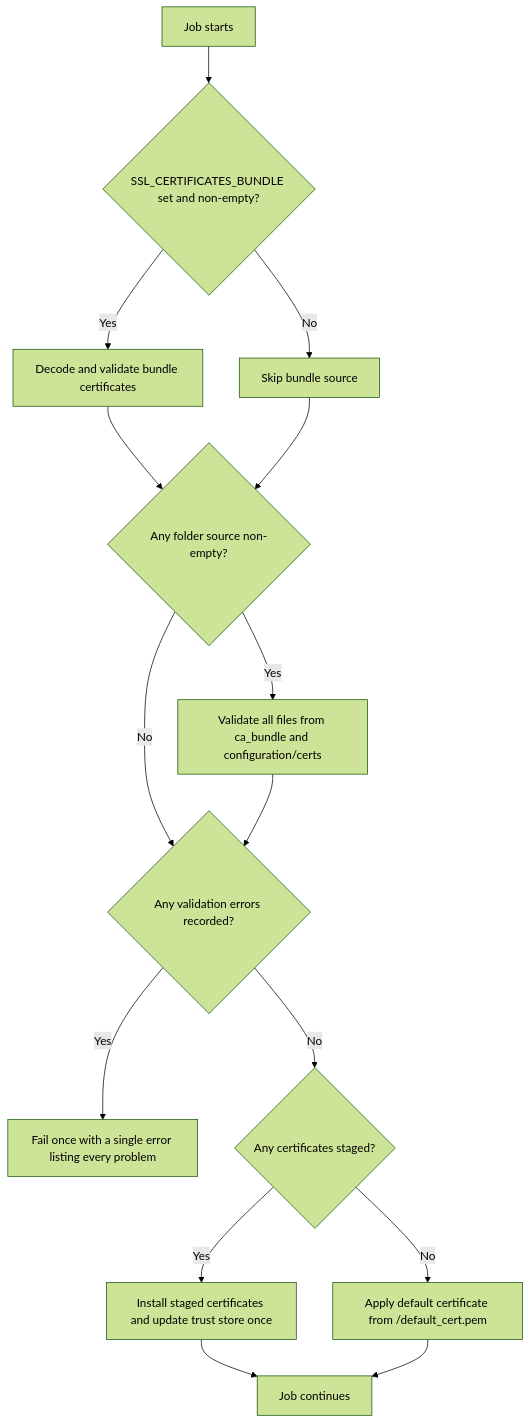
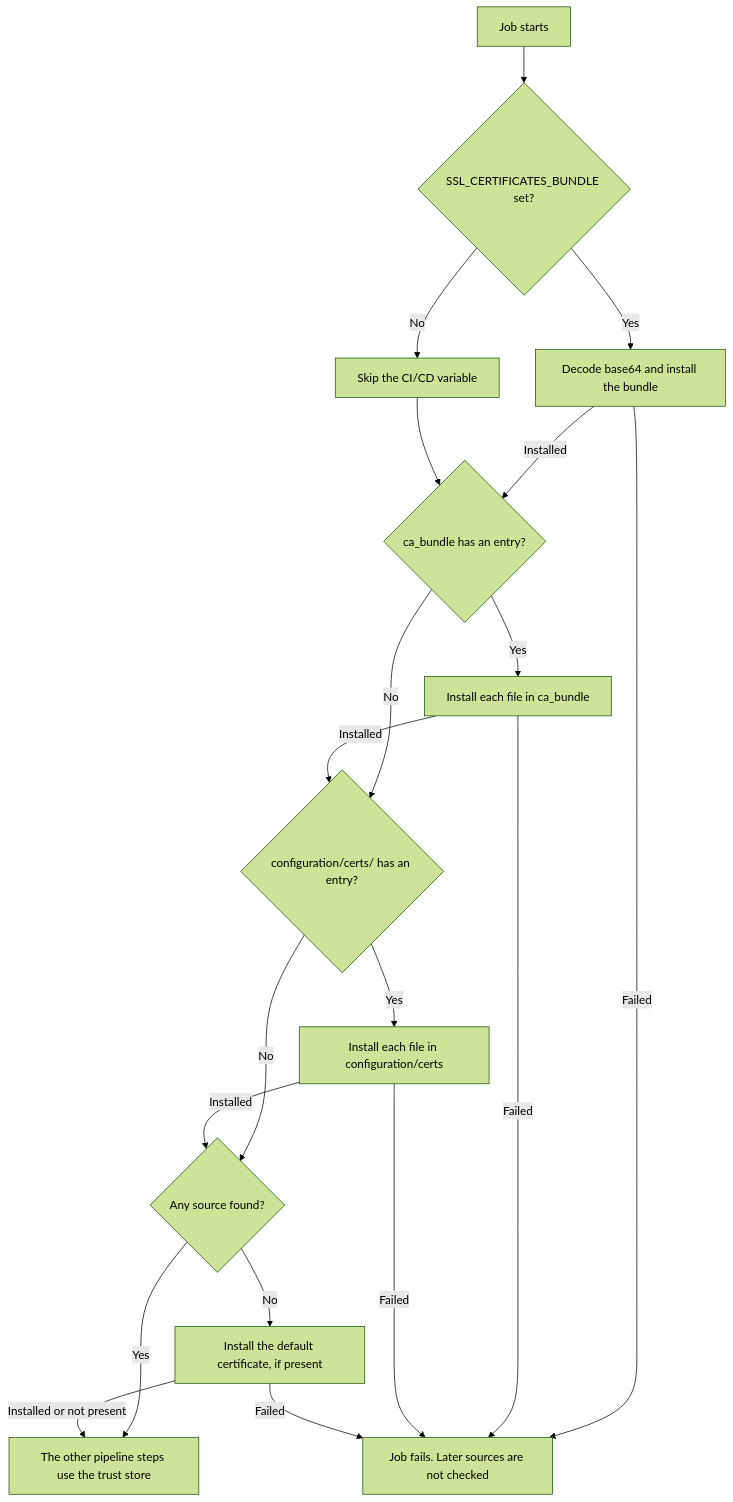
Before and after one commit to Netcracker/qubership-envgene: the diagram in docs/features/system-certificate.md, drawn with Mermaid (forest theme). The commit also changed other lines of this file and 3 other files, not shown here.

Commit message:
docs: update system certificate configuration and usage documentation

````diff
--- a/docs/features/system-certificate.md
+++ b/docs/features/system-certificate.md
@@ -103,17 +58,21 @@
 ```mermaid
 flowchart TD
-    A[Job starts] --> B{SSL_CERTIFICATES_BUNDLE set and non-empty?}
-    B -->|Yes| C[Decode and validate bundle certificates]
-    B -->|No| D[Skip bundle source]
-    C --> E{Any folder source non-empty?}
+    A[Job starts] --> B{SSL_CERTIFICATES_BUNDLE set?}
+    B -->|Yes| C[Decode base64 and install the bundle]
+    B -->|No| D[Skip the CI/CD variable]
+    C -->|Installed| E{ca_bundle has an entry?}
+    C -->|Failed| X[Job fails. Later sources are not checked]
     D --> E
-    E -->|Yes| F[Validate all files from ca_bundle and configuration/certs]
-    E -->|No| G{Any validation errors recorded?}
-    F --> G
-    G -->|Yes| H[Fail once with a single error listing every problem]
-    G -->|No| I{Any certificates staged?}
-    I -->|Yes| J[Install staged certificates and update trust store once]
-    I -->|No| K[Apply default certificate from /default_cert.pem]
-    J --> M[Job continues]
-    K --> M
+    E -->|Yes| F[Install each file in ca_bundle]
+    E -->|No| G{configuration/certs/ has an entry?}
+    F -->|Installed| G
+    F -->|Failed| X
+    G -->|Yes| H[Install each file in configuration/certs]
+    G -->|No| I{Any source found?}
+    H -->|Installed| I
+    H -->|Failed| X
+    I -->|No| J[Install the default certificate, if present]
+    I -->|Yes| K[The other pipeline steps use the trust store]
+    J -->|Installed or not present| K
+    J -->|Failed| X
 ```
````
